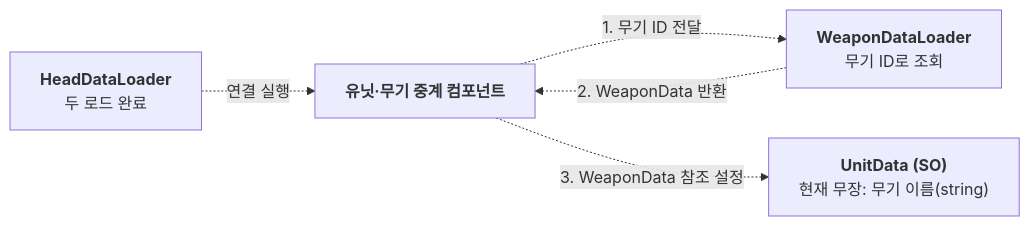
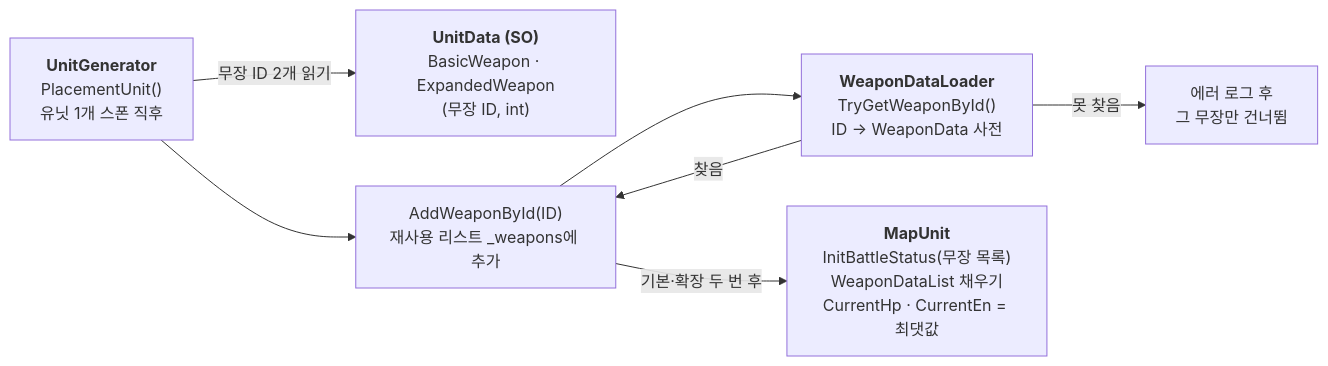
The sixth of 23 diagrams in Docs/ImplementDocs/Diagram.md (jayy5288sk/PersonalProject), drawn with Mermaid before and after one commit. The commit also changed other lines of this file and 3 other files, not shown here.

Commit message:
[Docs] 문서 작성 및 다이어그램 갱신

````diff
--- a/Docs/ImplementDocs/Diagram.md
+++ b/Docs/ImplementDocs/Diagram.md
@@ -132,12 +132,16 @@
 ```mermaid
 flowchart LR
-    Head["<b>HeadDataLoader</b><br/>두 로드 완료"]
-    Linker["<b>유닛·무기 중계 컴포넌트</b>"]
-    WeaponLoader["<b>WeaponDataLoader</b><br/>무기 ID로 조회"]
-    UnitSO["<b>UnitData (SO)</b><br/>현재 무장: 무기 이름(string)"]
+    Gen["<b>UnitGenerator</b><br/>PlacementUnit()<br/>유닛 1개 스폰 직후"]
+    UnitSO["<b>UnitData (SO)</b><br/>BasicWeapon · ExpandedWeapon<br/>(무장 ID, int)"]
+    Add["AddWeaponById(ID)<br/>재사용 리스트 _weapons에 추가"]
+    WeaponLoader["<b>WeaponDataLoader</b><br/>TryGetWeaponById()<br/>ID → WeaponData 사전"]
+    Err["에러 로그 후<br/>그 무장만 건너뜀"]
+    MU["<b>MapUnit</b><br/>InitBattleStatus(무장 목록)<br/>WeaponDataList 채우기<br/>CurrentHp · CurrentEn = 최댓값"]
 
-    Head -.->|연결 실행| Linker
-    Linker -.->|1. 무기 ID 전달| WeaponLoader
-    WeaponLoader -.->|2. WeaponData 반환| Linker
-    Linker -.->|3. WeaponData 참조 설정| UnitSO
+    Gen -->|무장 ID 2개 읽기| UnitSO
+    Gen --> Add
+    Add --> WeaponLoader
+    WeaponLoader -->|찾음| Add
+    WeaponLoader -->|못 찾음| Err
+    Add -->|기본·확장 두 번 후| MU
 ```
````
